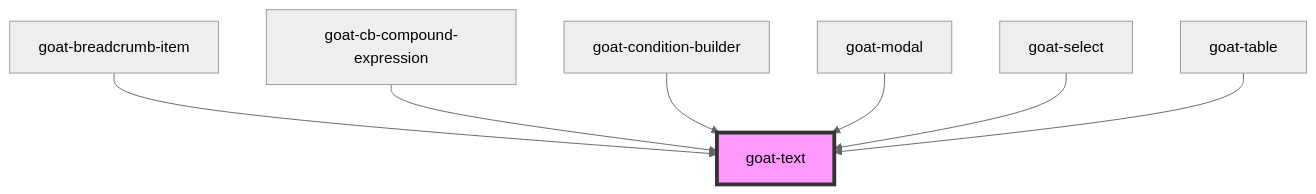
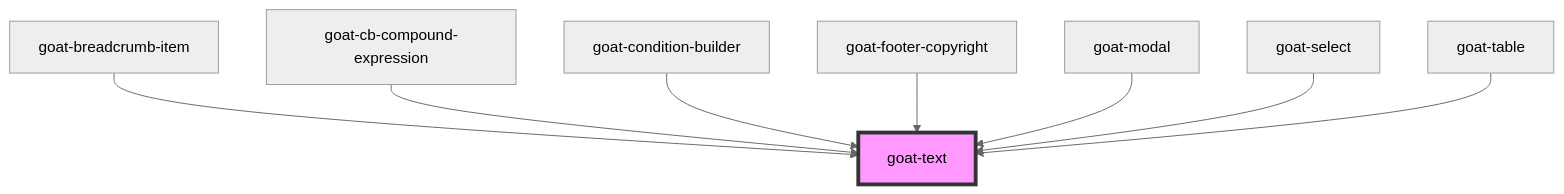
One commit to goatui/components changed the diagram in src/components/text/readme.md. Above: the diagram before and after it, drawn with Mermaid (neutral theme). The commit also changed other lines of this file and 114 other files, not shown here.

````diff
--- a/src/components/text/readme.md
+++ b/src/components/text/readme.md
@@ -33,10 +34,11 @@
 ```mermaid
 graph TD;
   goat-breadcrumb-item --> goat-text
   goat-cb-compound-expression --> goat-text
   goat-condition-builder --> goat-text
+  goat-footer-copyright --> goat-text
   goat-modal --> goat-text
   goat-select --> goat-text
   goat-table --> goat-text
   style goat-text fill:#f9f,stroke:#333,stroke-width:4px
 ```
````
